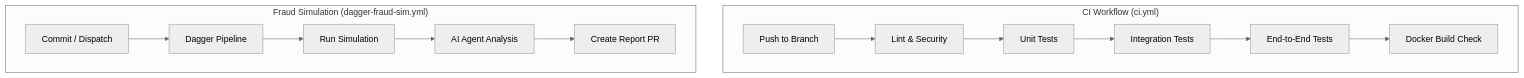
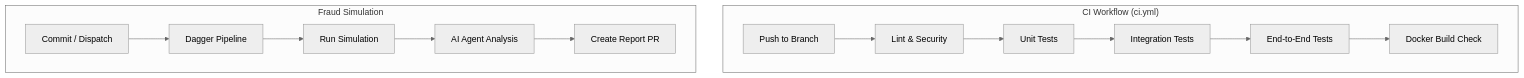
One commit to fayedraza/authentication-service changed the second of 2 diagrams in README.md. Above: the diagram before and after it, drawn with Mermaid (neutral theme). The commit also changed other lines of this file, not shown here.

````diff
--- a/README.md
+++ b/README.md
@@ -93,18 +93,17 @@
 ```mermaid
 graph TD
     subgraph "CI Workflow (ci.yml)"
         Push[Push to Branch] --> Lint[Lint & Security]
         Lint --> Unit[Unit Tests]
         Unit --> Integration[Integration Tests]
         Integration --> E2E[End-to-End Tests]
         E2E --> Build[Docker Build Check]
     end
 
-    subgraph "Fraud Simulation (dagger-fraud-sim.yml)"
-
+    subgraph "Fraud Simulation"
         SimTrigger[Commit / Dispatch] --> Dagger[Dagger Pipeline]
         Dagger --> SimRun[Run Simulation]
         SimRun --> AIAnalysis[AI Agent Analysis]
         AIAnalysis --> PR[Create Report PR]
     end
 ```
````
